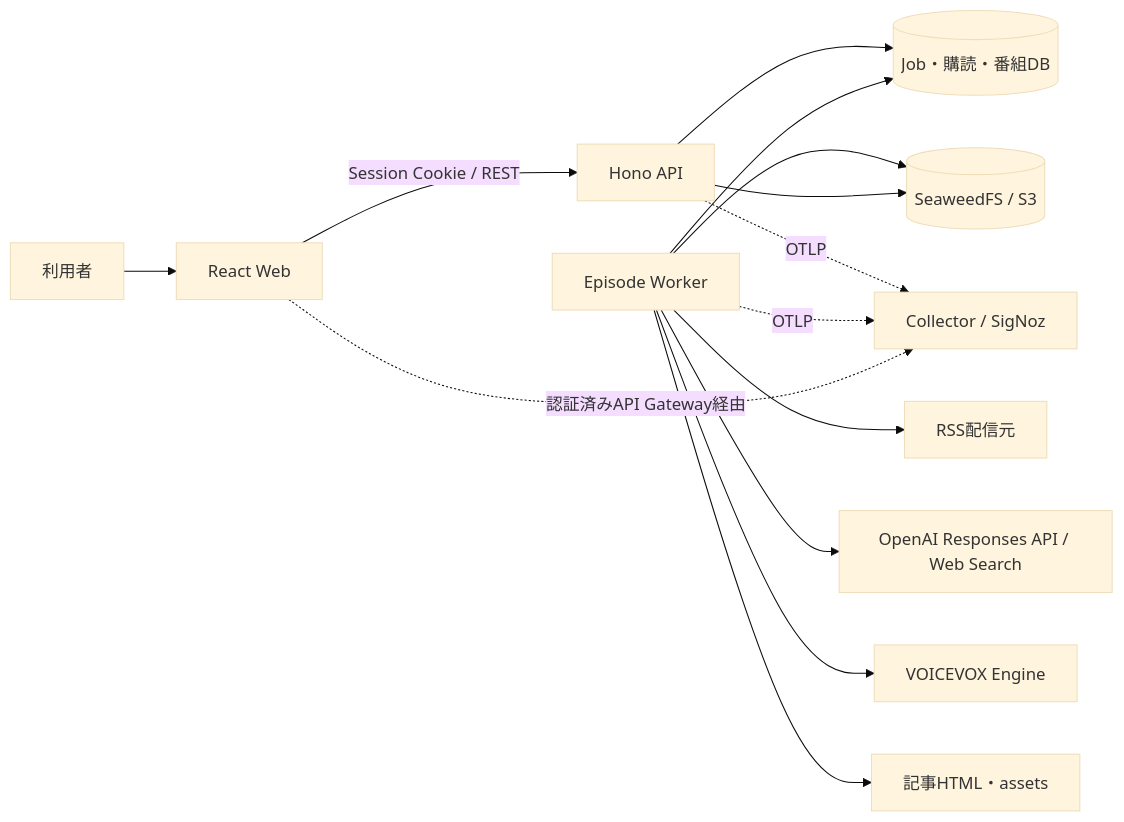
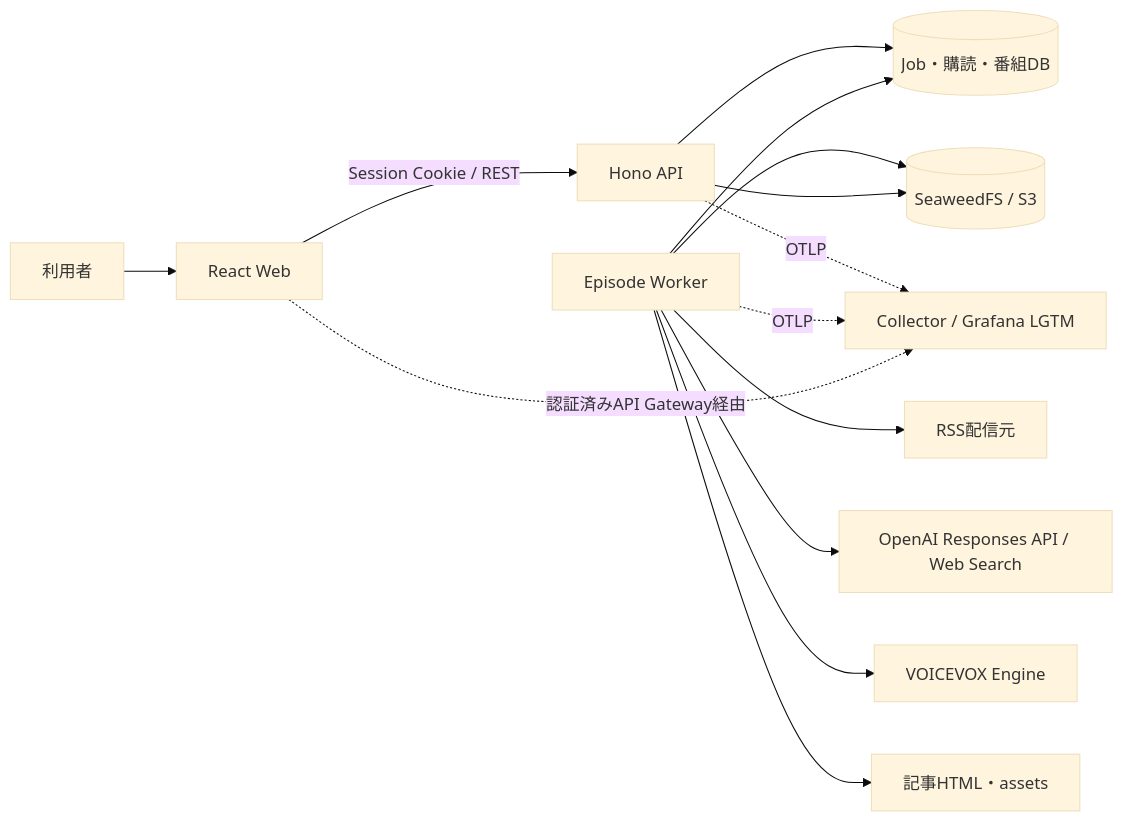
The first of 8 diagrams in docs/architecture.md (r4ai/news-podcast), drawn with Mermaid (base theme) before and after one commit. The commit also changed other lines of this file and 4 other files, not shown here.

````diff
--- a/docs/architecture.md
+++ b/docs/architecture.md
@@ -20,16 +20,16 @@
 ```mermaid
 flowchart LR
   User["利用者"] --> Web["React Web"]
   Web -->|"Session Cookie / REST"| API["Hono API"]
   API --> DB[("Job・購読・番組DB")]
   Worker["Episode Worker"] --> DB
   Worker --> RSS["RSS配信元"]
   Worker --> OpenAI["OpenAI Responses API / Web Search"]
   Worker --> Voicevox["VOICEVOX Engine"]
   Worker --> Objects[("SeaweedFS / S3")]
   API --> Objects
   Worker --> Articles["記事HTML・assets"]
-  API -.->|"OTLP"| Obs["Collector / SigNoz"]
+  API -.->|"OTLP"| Obs["Collector / Grafana LGTM"]
   Worker -.->|"OTLP"| Obs
   Web -.->|"認証済みAPI Gateway経由"| Obs
 ```
````
